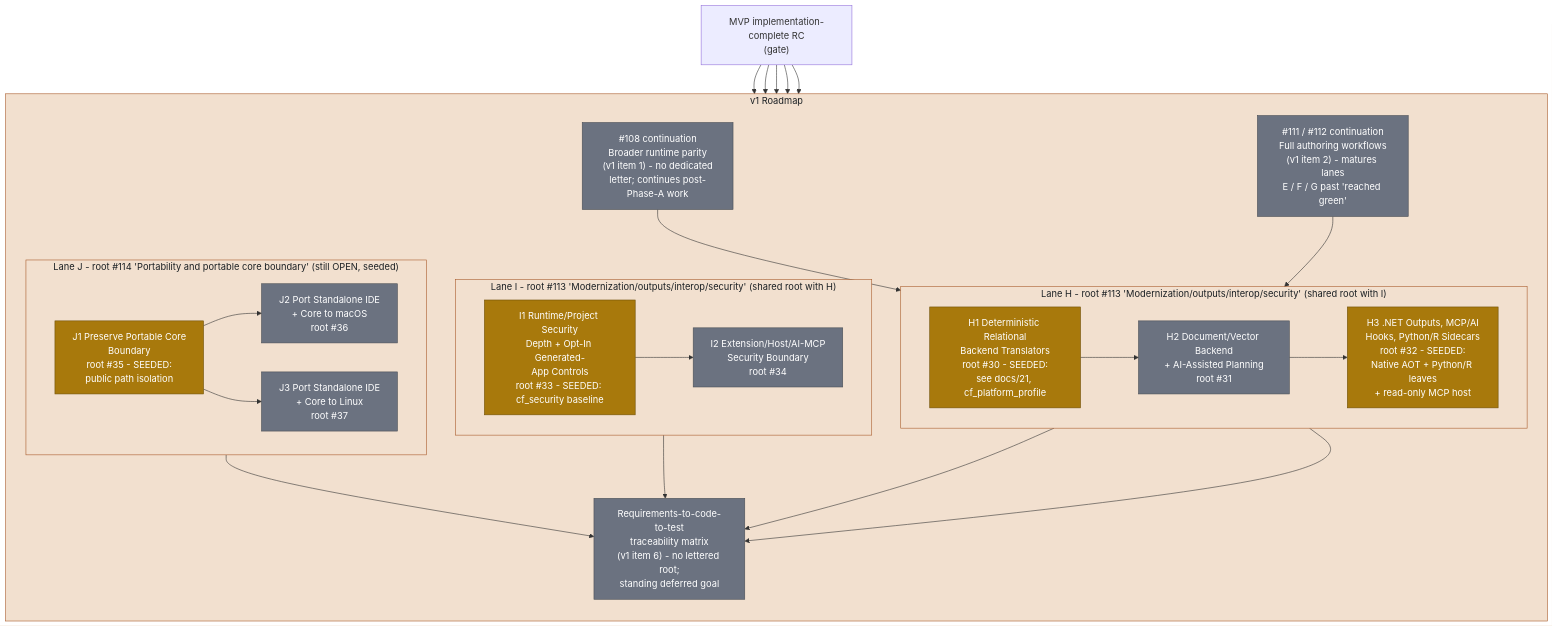
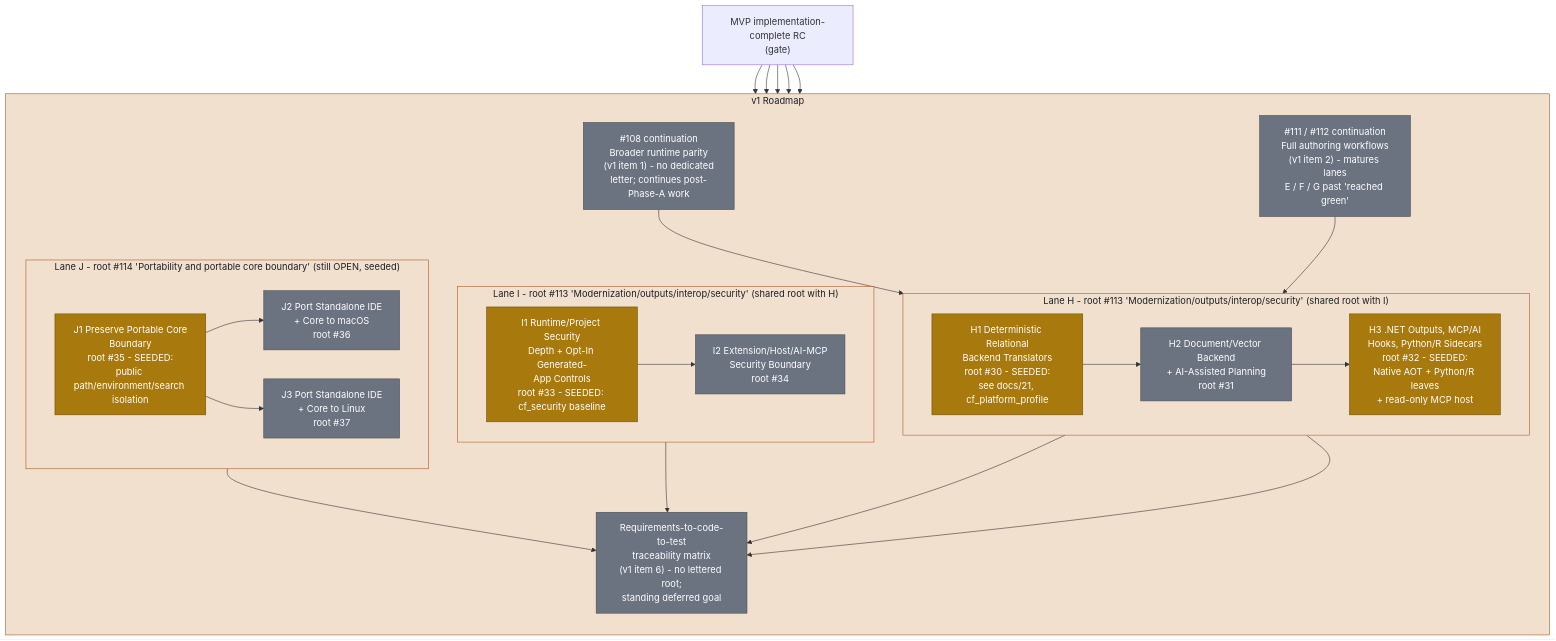
One commit to rhamenator/Project-Copperfin changed the diagram in docs/diagrams/roadmap-v1-lanes-hij.md. Above: the diagram before and after it, drawn with Mermaid. The commit also changed other lines of this file and 19 other files, not shown here.

Commit message:
Make executable search defaults portable

````diff
--- a/docs/diagrams/roadmap-v1-lanes-hij.md
+++ b/docs/diagrams/roadmap-v1-lanes-hij.md
@@ -10,60 +10,60 @@
 ```mermaid
 flowchart TB
     classDef partial fill:#a8790c,stroke:#6e4f07,color:#ffffff,stroke-width:1px;
     classDef planned fill:#6b7280,stroke:#484d54,color:#ffffff,stroke-width:1px;
     classDef lane fill:#f2e0cf,stroke:#a85a2a,color:#1b2024,stroke-width:1px;
 
     MVP["MVP implementation-complete RC<br/>(gate)"]
 
     subgraph V1["v1 Roadmap"]
       direction TB
 
       CONT1["#108 continuation<br/>Broader runtime parity<br/>(v1 item 1) - no dedicated<br/>letter; continues post-Phase-A work"]
       CONT2["#111 / #112 continuation<br/>Full authoring workflows<br/>(v1 item 2) - matures lanes<br/>E / F / G past 'reached green'"]
 
       subgraph LANEH["Lane H - root #113 'Modernization/outputs/interop/security' (shared root with I)"]
         direction LR
         H1["H1 Deterministic Relational<br/>Backend Translators<br/>root #30 - SEEDED:<br/>see docs/21, cf_platform_profile"]
         H2["H2 Document/Vector Backend<br/>+ AI-Assisted Planning<br/>root #31"]
         H3["H3 .NET Outputs, MCP/AI<br/>Hooks, Python/R Sidecars<br/>root #32 - SEEDED:<br/>Native AOT + Python/R leaves<br/>+ read-only MCP host"]
         H1 --> H2 --> H3
       end
 
       subgraph LANEI["Lane I - root #113 'Modernization/outputs/interop/security' (shared root with H)"]
         direction LR
         I1["I1 Runtime/Project Security<br/>Depth + Opt-In Generated-<br/>App Controls<br/>root #33 - SEEDED: cf_security baseline"]
         I2["I2 Extension/Host/AI-MCP<br/>Security Boundary<br/>root #34"]
         I1 --> I2
       end
 
       subgraph LANEJ["Lane J - root #114 'Portability and portable core boundary' (still OPEN, seeded)"]
         direction LR
-        J1["J1 Preserve Portable Core<br/>Boundary<br/>root #35 - SEEDED:<br/>public path isolation"]
+        J1["J1 Preserve Portable Core<br/>Boundary<br/>root #35 - SEEDED:<br/>public path/environment/search isolation"]
         J2["J2 Port Standalone IDE<br/>+ Core to macOS<br/>root #36"]
         J3["J3 Port Standalone IDE<br/>+ Core to Linux<br/>root #37"]
         J1 --> J2
         J1 --> J3
       end
 
       TRACE["Requirements-to-code-to-test<br/>traceability matrix<br/>(v1 item 6) - no lettered root;<br/>standing deferred goal"]
     end
 
     MVP --> CONT1
     MVP --> CONT2
     MVP --> LANEH
     MVP --> LANEI
     MVP --> LANEJ
     CONT1 --> H1
     CONT2 --> H3
     H1 --> TRACE
     H3 --> TRACE
     I2 --> TRACE
     J1 --> TRACE
 
     class CONT1,CONT2 planned;
     class H1,H3,I1,J1 partial;
     class H2,I2 planned;
     class J2,J3 planned;
     class TRACE planned;
     class V1,LANEH,LANEI,LANEJ lane;
 ```
````
